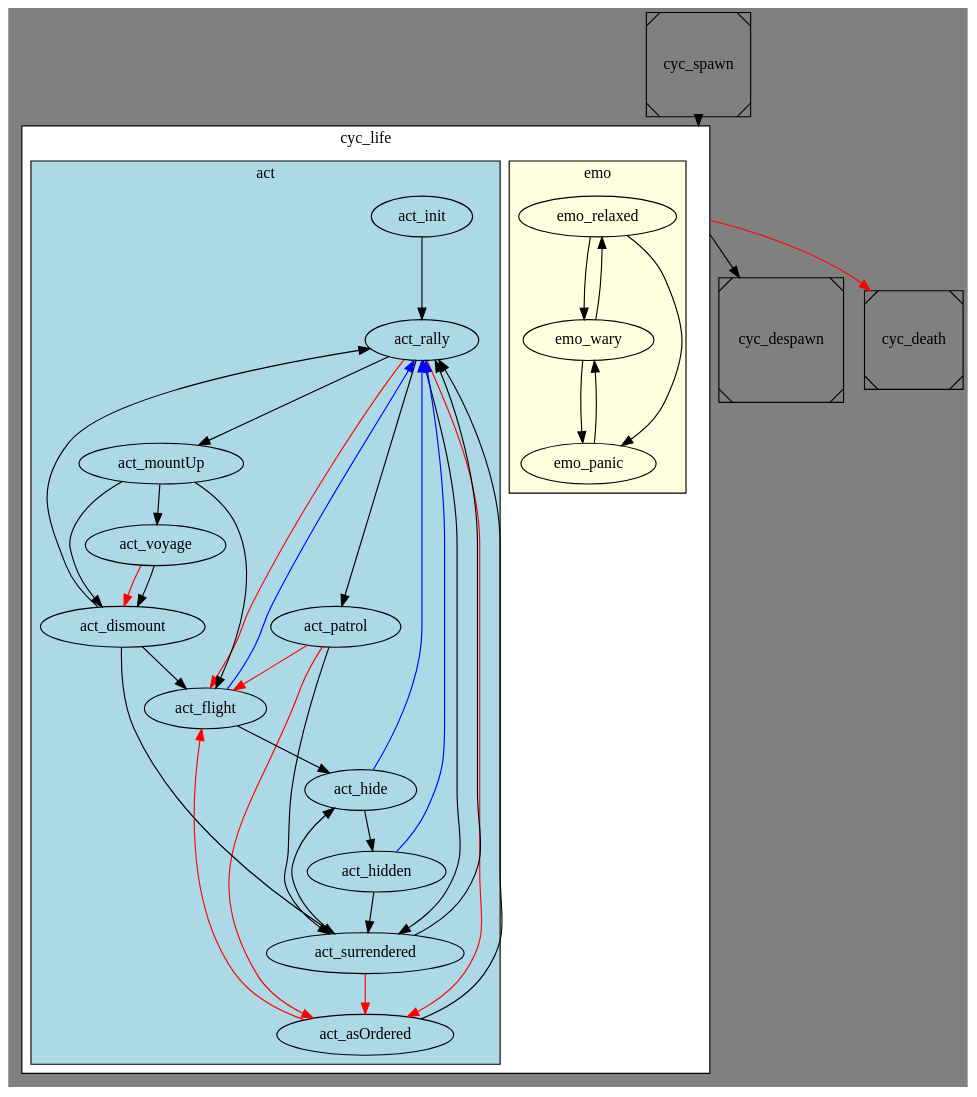
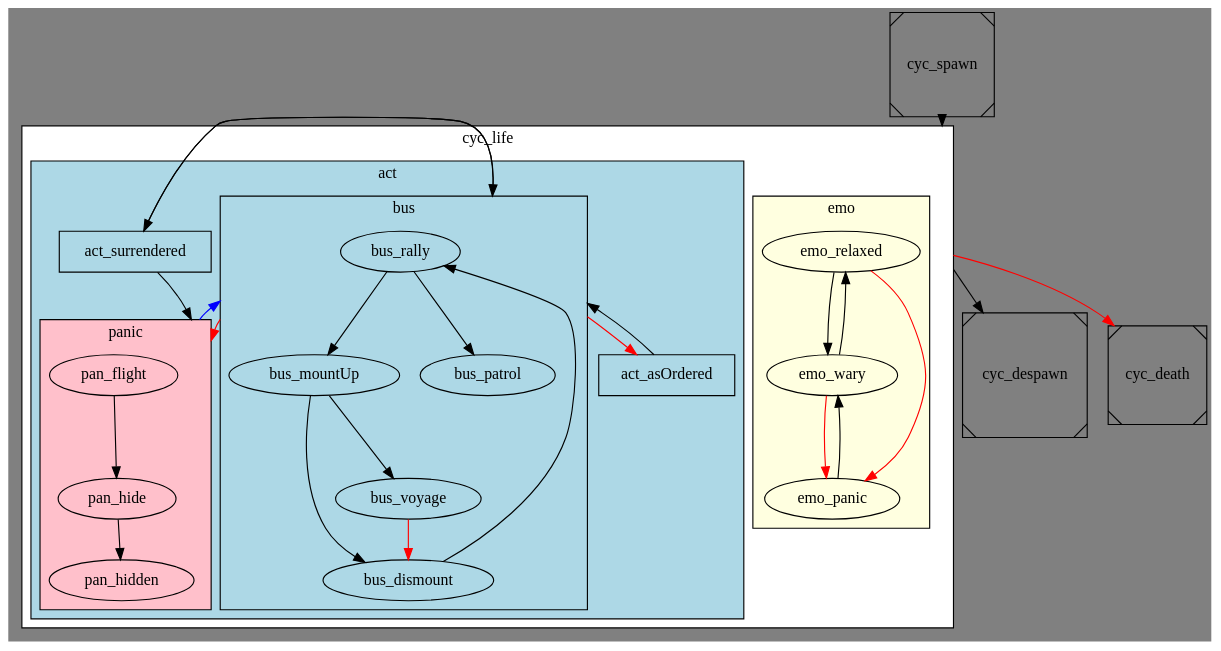
One commit to gruppe-adler/grad_civs changed the diagram in docs/states.gv. Above: the diagram before and after it, drawn with Graphviz. The commit also changed 64 other files, not shown here.

```diff
--- a/docs/states.gv
+++ b/docs/states.gv
@@ -1,59 +1,64 @@
 digraph lifecycle {
     bgcolor="gray";
     compound=true;
 
     subgraph cluster_life {
         bgcolor="white";
         shape="Msquare";
         label="cyc_life";
         cluster_life_node [shape=point style=invis];
 
         subgraph cluster_emotions {
             bgcolor="lightyellow";
             label="emo";
             emo_relaxed -> emo_wary;
-            {emo_wary, emo_relaxed} -> emo_panic;
+            {emo_wary, emo_relaxed} -> emo_panic [color="red"];
             emo_panic -> emo_wary -> emo_relaxed;
         }
 
         subgraph cluster_activities {
             bgcolor="lightblue";
             label="act";
-            act_rally -> act_patrol;
-            act_rally -> act_mountUp;
-            act_mountUp -> act_voyage;
-            act_mountUp -> act_dismount;
 
-            act_flight -> act_hide;
-            act_hide -> act_hidden;
+            subgraph cluster_business {
+                label="bus";
+                cluster_business_node [shape=point style=invis];
+                bus_rally -> bus_patrol;
+                bus_rally -> bus_mountUp;
+                bus_mountUp -> bus_voyage;
+                bus_mountUp -> bus_dismount;
+                bus_voyage -> bus_dismount [color=red]; # panic event
+                bus_dismount -> bus_rally;
+            }
 
-            {act_hidden, act_rally, act_patrol, act_dismount} -> act_surrendered;
-            {act_rally, act_patrol, act_asOrdered} -> act_flight [color=red];
+            subgraph cluster_panic {
+                bgcolor="pink";
+                label="panic";
+                cluster_panic_node [shape=point style=invis];
+                pan_flight -> pan_hide -> pan_hidden;
+            }
 
-            act_voyage -> act_dismount [color=red]; # panic event
-            act_voyage -> act_dismount;
+            act_asOrdered [shape=rectangle];
+            act_surrendered [shape=rectangle];
 
-            act_dismount -> act_flight;
-            act_mountUp -> act_flight;
+            act_surrendered -> cluster_panic_node [lhead=cluster_panic];
 
-            {act_flight, act_hide, act_hidden} -> act_rally [color=blue] #de-panic event
+            act_surrendered -> cluster_business_node [lhead=cluster_business];
+            cluster_business_node -> act_surrendered [ltail=cluster_business];
+            act_asOrdered -> cluster_business_node [lhead=cluster_business];
+            cluster_business_node -> act_asOrdered [ltail=cluster_business color=red];
 
-            {act_init, act_dismount, act_surrendered} -> act_rally;
+            cluster_panic_node -> cluster_business_node [color=blue lhead=cluster_business ltail=cluster_panic]
+            cluster_business_node -> cluster_panic_node [ltail=cluster_business lhead=cluster_panic color=red]
 
-            act_surrendered -> act_hide;
-
-            {act_rally, act_patrol, act_surrendered} -> act_asOrdered [color=red];
-
-            act_asOrdered -> act_rally;
         }
-
     }
 
     cyc_spawn [shape=Msquare];
     cyc_despawn [shape=Msquare];
     cyc_death [shape=Msquare];
 
     cyc_spawn -> cluster_life_node [lhead=cluster_life];
     cluster_life_node -> cyc_despawn [ltail=cluster_life];
     cluster_life_node -> cyc_death [ltail=cluster_life color=red];
 }
```
